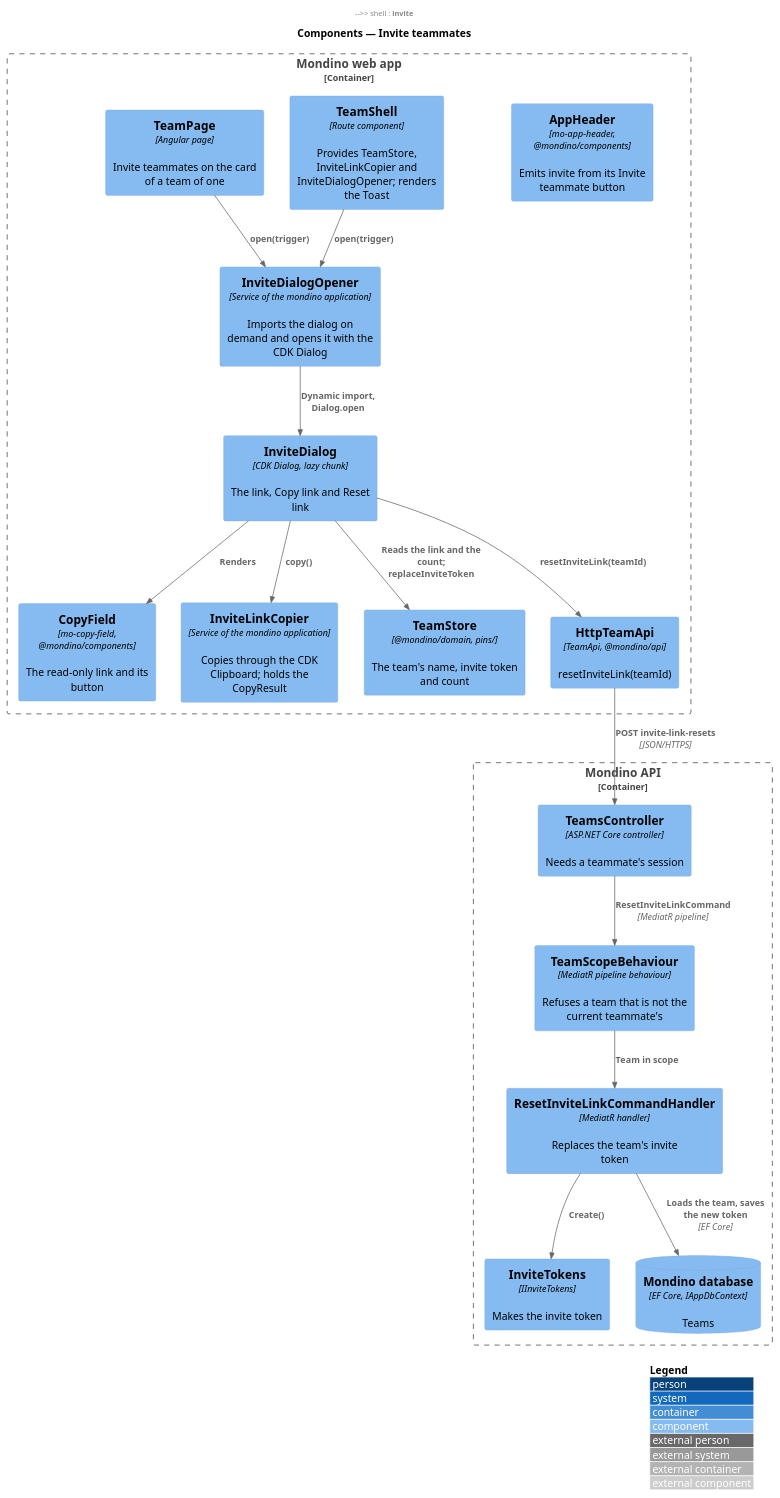
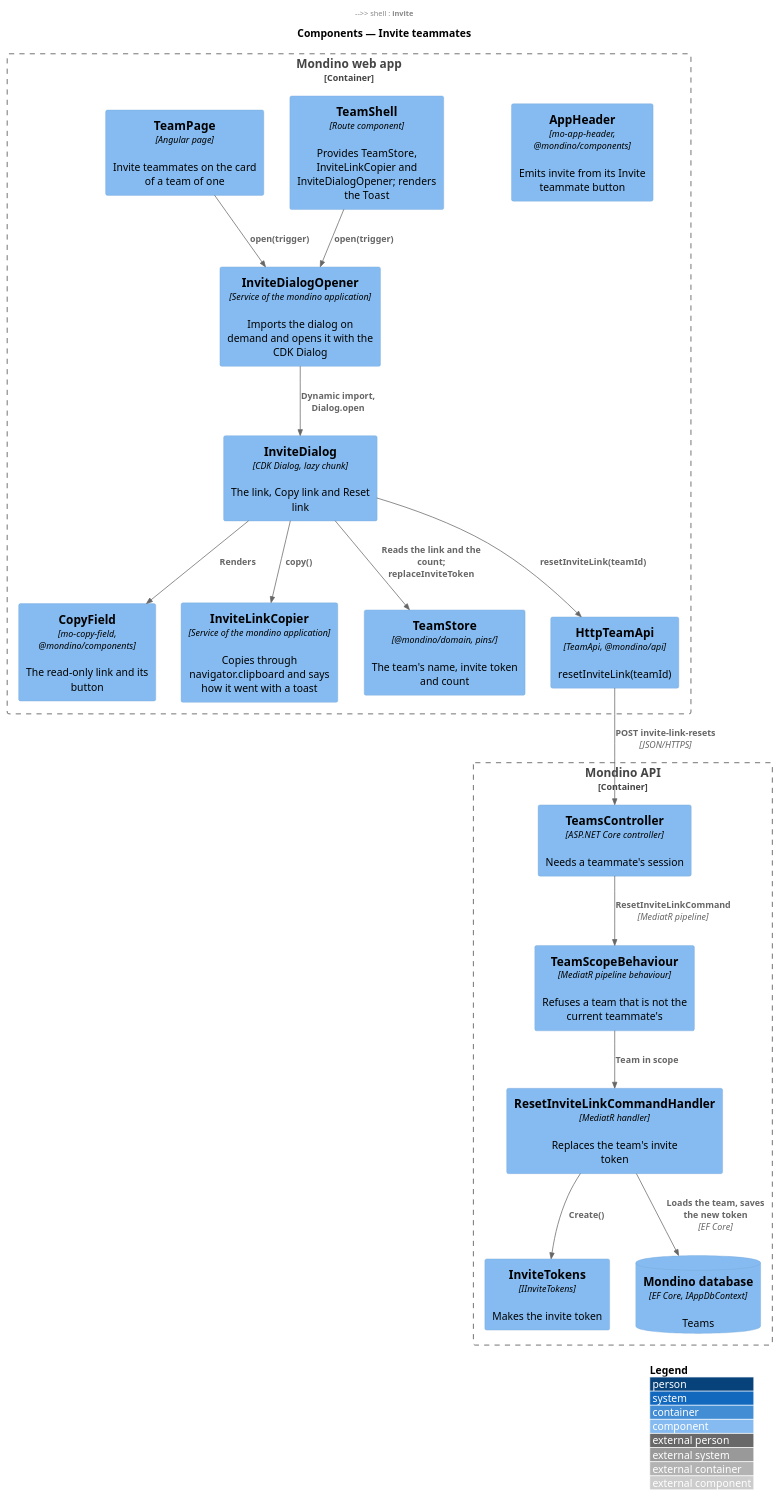
One commit to QuinntyneBrown/Mondino changed the diagram in docs/detailed-designs/joining/invite-teammates/diagrams/c4-component.puml. Above: the diagram before and after it, drawn with PlantUML. The commit also changed 10 other files, not shown here.

```diff
--- a/docs/detailed-designs/joining/invite-teammates/diagrams/c4-component.puml
+++ b/docs/detailed-designs/joining/invite-teammates/diagrams/c4-component.puml
@@ -1,37 +1,37 @@
 @startuml
 !include <C4/C4_Component>
 LAYOUT_WITH_LEGEND()
 title Components — Invite teammates
 
 Container_Boundary(web, "Mondino web app") {
   Component(header, "AppHeader", "mo-app-header, @mondino/components", "Emits invite from its Invite teammate button")
   Component(shell, "TeamShell", "Route component", "Provides TeamStore, InviteLinkCopier and InviteDialogOpener; renders the Toast")
   Component(teampage, "TeamPage", "Angular page", "Invite teammates on the card of a team of one")
   Component(opener, "InviteDialogOpener", "Service of the mondino application", "Imports the dialog on demand and opens it with the CDK Dialog")
   Component(dialog, "InviteDialog", "CDK Dialog, lazy chunk", "The link, Copy link and Reset link")
   Component(field, "CopyField", "mo-copy-field, @mondino/components", "The read-only link and its button")
-  Component(copier, "InviteLinkCopier", "Service of the mondino application", "Copies through the CDK Clipboard; holds the CopyResult")
+  Component(copier, "InviteLinkCopier", "Service of the mondino application", "Copies through navigator.clipboard and says how it went with a toast")
   Component(store, "TeamStore", "@mondino/domain, pins/", "The team's name, invite token and count")
   Component(client, "HttpTeamApi", "TeamApi, @mondino/api", "resetInviteLink(teamId)")
 }
 Container_Boundary(api, "Mondino API") {
   Component(ctrl, "TeamsController", "ASP.NET Core controller", "Needs a teammate's session")
   Component(scope, "TeamScopeBehaviour", "MediatR pipeline behaviour", "Refuses a team that is not the current teammate's")
   Component(handler, "ResetInviteLinkCommandHandler", "MediatR handler", "Replaces the team's invite token")
   Component(tokens, "InviteTokens", "IInviteTokens", "Makes the invite token")
   ComponentDb(db, "Mondino database", "EF Core, IAppDbContext", "Teams")
 }
 Rel(header, shell, "invite")
 Rel(shell, opener, "open(trigger)")
 Rel(teampage, opener, "open(trigger)")
 Rel(opener, dialog, "Dynamic import, Dialog.open")
 Rel(dialog, field, "Renders")
 Rel(dialog, copier, "copy()")
 Rel(dialog, store, "Reads the link and the count; replaceInviteToken")
 Rel(dialog, client, "resetInviteLink(teamId)")
 Rel(client, ctrl, "POST invite-link-resets", "JSON/HTTPS")
 Rel(ctrl, scope, "ResetInviteLinkCommand", "MediatR pipeline")
 Rel(scope, handler, "Team in scope")
 Rel(handler, tokens, "Create()")
 Rel(handler, db, "Loads the team, saves the new token", "EF Core")
 @enduml
```
